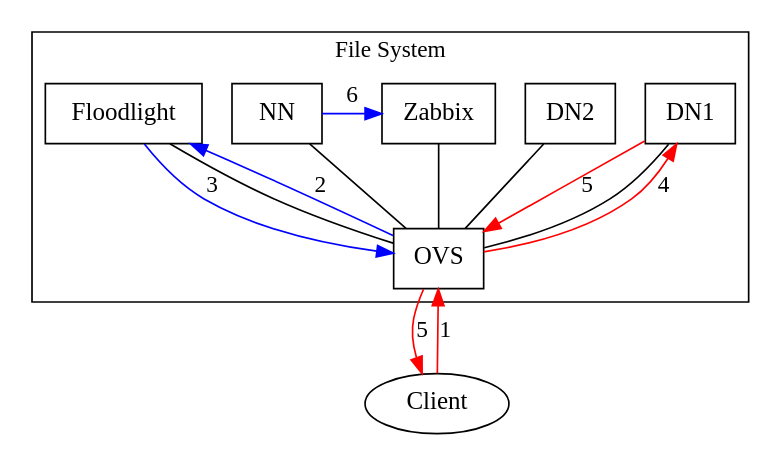
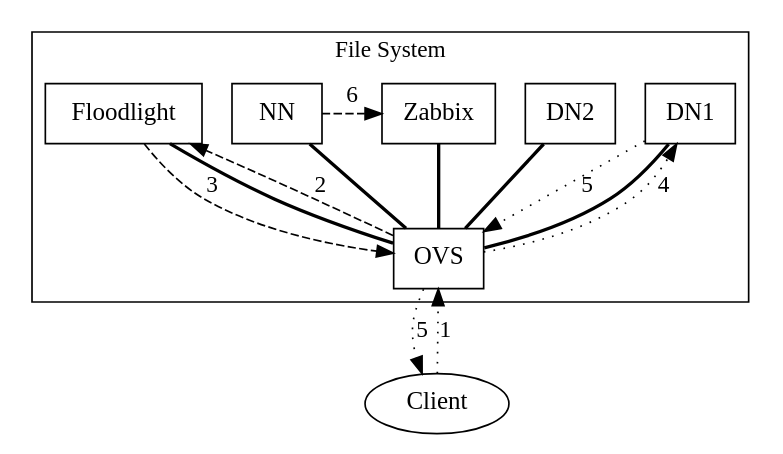
Before and after one commit to gertimon/cit-msc-ss14: the diagram in Ausarbeitung/dot/connectionToDataNode.dot, drawn with Graphviz. The commit also changed 9 other files, not shown here.

```diff
--- a/Ausarbeitung/dot/connectionToDataNode.dot
+++ b/Ausarbeitung/dot/connectionToDataNode.dot
@@ -1,40 +1,40 @@
 digraph{
 
     subgraph cluster_0 {
         node[fontsize=15, shape = box];
         {rank = same; Zabbix; DN1; DN2; NN; Floodlight}
-        edge [dir=none]
+        edge [dir=none, style=bold]
         OVS;
         Zabbix;
         DN1;
         DN2;
         NN;
         Floodlight;
         OVS -> Zabbix;
         OVS -> DN1
         OVS -> DN2
         OVS -> NN
         OVS -> Floodlight
         label = "File System"
     }
 
      subgraph connection1 {
         node[fontsize=15];
         Client;
-        edge [color=blue]
+        edge [style=dashed]
         OVS -> Floodlight [label= "2"]
         Floodlight ->OVS [label = "3"]
          NN -> Zabbix [label = "6"]
     }
 
      subgraph connection2 {
-        edge [color=red]
+        edge [style=dotted]
         Client -> OVS  [label= "1"]
         OVS -> DN1 [label = "4"]
         OVS -> Client [label= "5"]
         DN1 -> OVS  [label = "5"]
        
     }
    
 
 }
```
